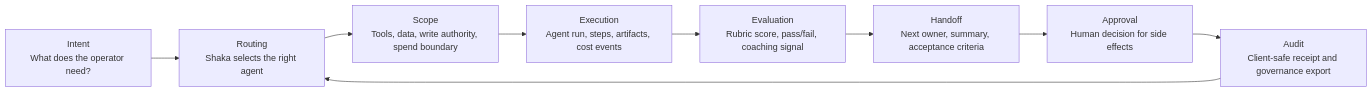
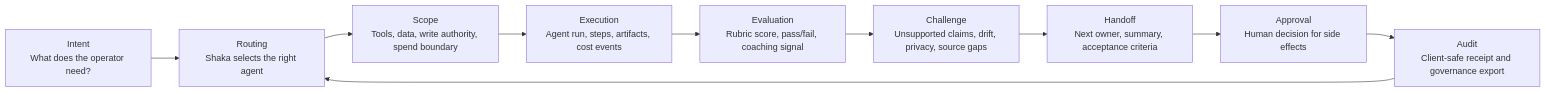
One commit to vsillah/Portfolio changed the first of 6 diagrams in docs/agentic-enterprise-value-map.md. Above: the diagram before and after it, drawn with Mermaid. The commit also changed other lines of this file and 2 other files, not shown here.

````diff
--- a/docs/agentic-enterprise-value-map.md
+++ b/docs/agentic-enterprise-value-map.md
@@ -63,11 +64,12 @@
 ```mermaid
 flowchart LR
   A["Intent<br/>What does the operator need?"] --> B["Routing<br/>Shaka selects the right agent"]
   B --> C["Scope<br/>Tools, data, write authority, spend boundary"]
   C --> D["Execution<br/>Agent run, steps, artifacts, cost events"]
   D --> E["Evaluation<br/>Rubric score, pass/fail, coaching signal"]
-  E --> F["Handoff<br/>Next owner, summary, acceptance criteria"]
-  F --> G["Approval<br/>Human decision for side effects"]
-  G --> H["Audit<br/>Client-safe receipt and governance export"]
-  H --> B
+  E --> F["Challenge<br/>Unsupported claims, drift, privacy, source gaps"]
+  F --> G["Handoff<br/>Next owner, summary, acceptance criteria"]
+  G --> H["Approval<br/>Human decision for side effects"]
+  H --> I["Audit<br/>Client-safe receipt and governance export"]
+  I --> B
 ```
````
